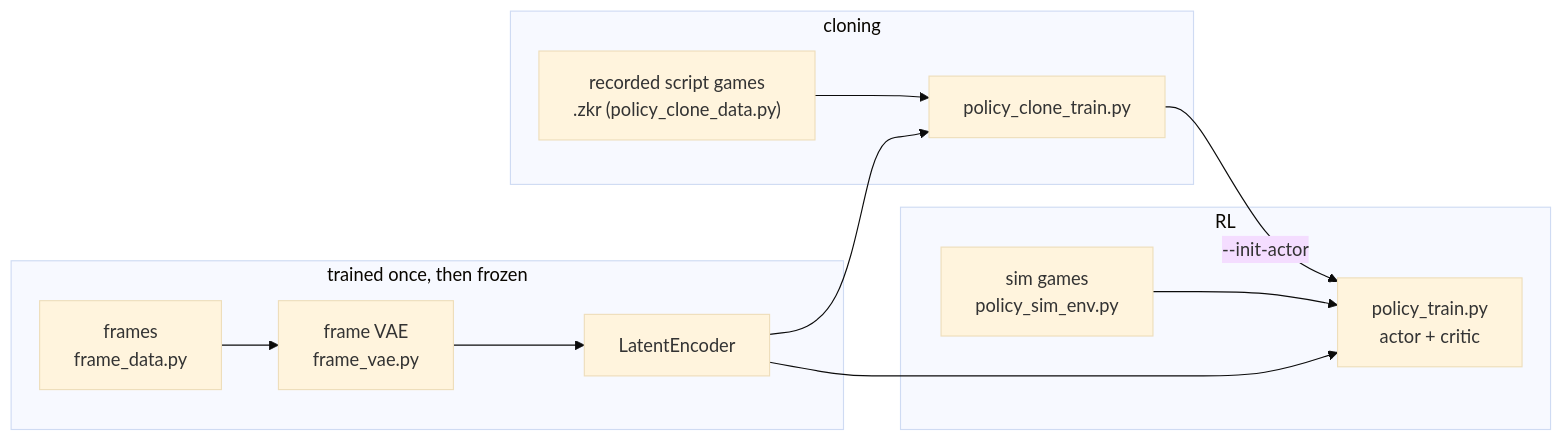
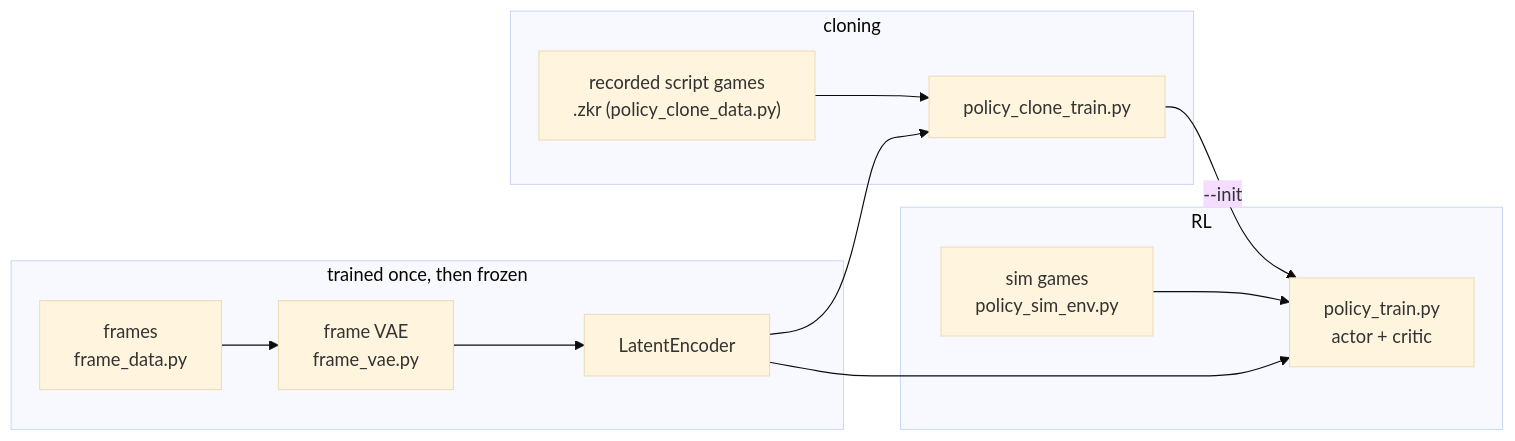
One commit to pts1667/zk-ArenaAI changed diagram 11 of 11 in docs/model.md. Above: the diagram before and after it, drawn with Mermaid (base theme). The commit also changed other lines of this file and 20 other files, not shown here.

````diff
--- a/docs/model.md
+++ b/docs/model.md
@@ -398,15 +407,15 @@
 ```mermaid
 flowchart LR
     subgraph enc ["trained once, then frozen"]
         FD["frames<br/>frame_data.py"] --> VAE["frame VAE<br/>frame_vae.py"] --> E["LatentEncoder"]
     end
     subgraph clone ["cloning"]
         REC["recorded script games<br/>.zkr (policy_clone_data.py)"] --> CT["policy_clone_train.py"]
     end
     subgraph rl ["RL"]
         SIM["sim games<br/>policy_sim_env.py"] --> PPO["policy_train.py<br/>actor + critic"]
     end
     E --> CT
     E --> PPO
-    CT -- "--init-actor" --> PPO
+    CT -- "--init" --> PPO
 ```
````
